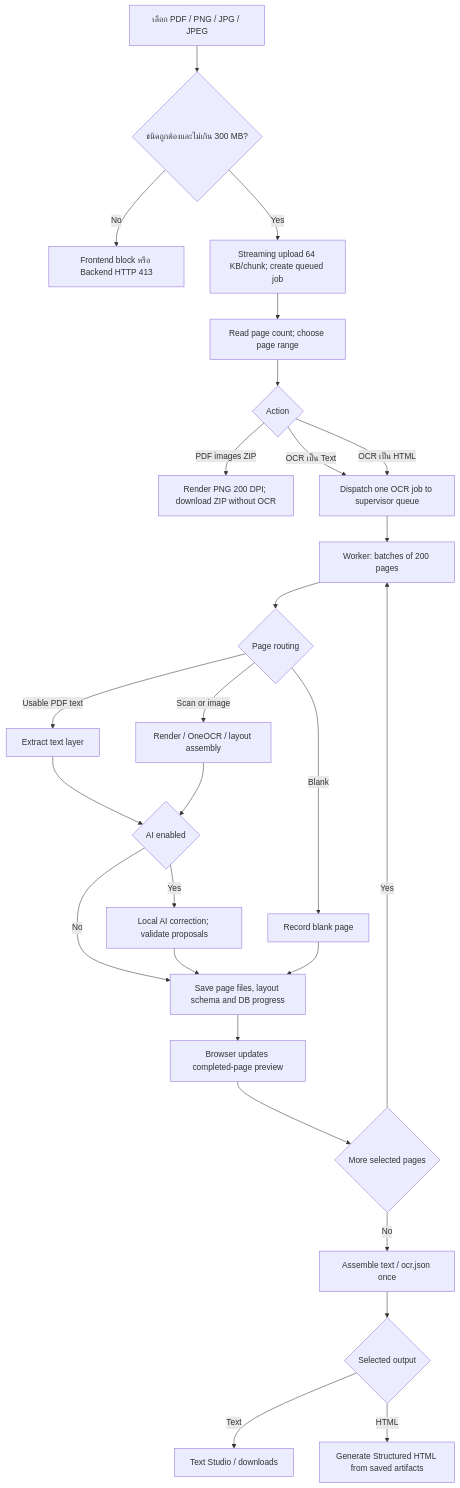
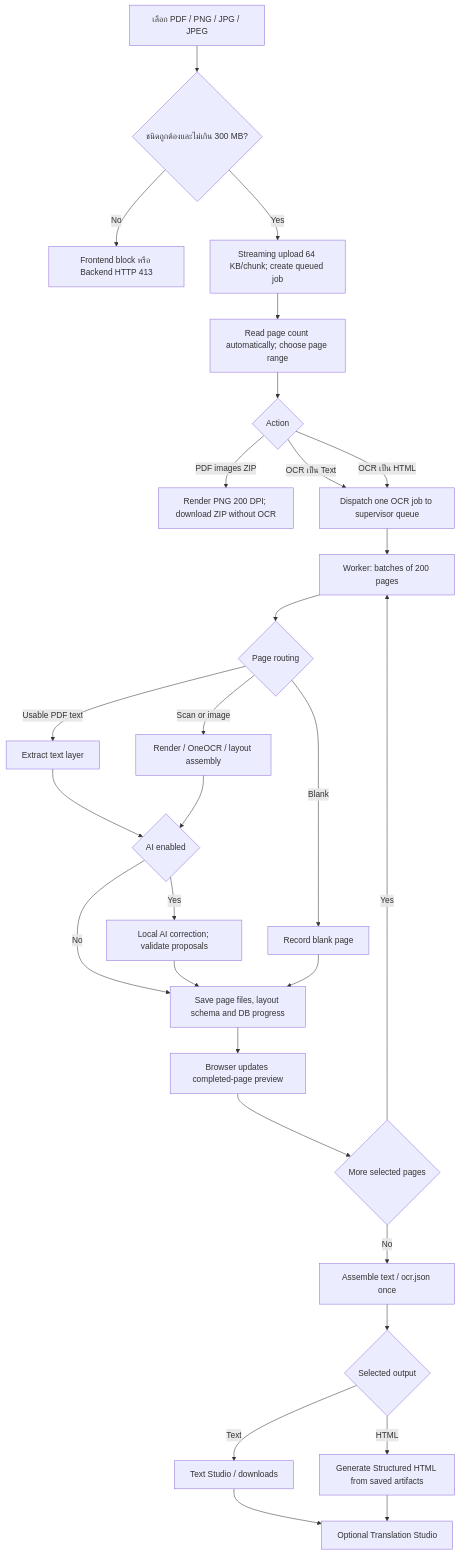
One commit to anuwatm/pdf-ocr-studio changed the second of 10 diagrams in readme.md. Above: the diagram before and after it, drawn with Mermaid. The commit also changed other lines of this file and 62 other files, not shown here.

````diff
--- a/readme.md
+++ b/readme.md
@@ -171,29 +179,31 @@
 ```mermaid
 flowchart TD
     Upload["เลือก PDF / PNG / JPG / JPEG"] --> Limit{"ชนิดถูกต้องและไม่เกิน 300 MB?"}
     Limit -->|No| Reject["Frontend block หรือ Backend HTTP 413"]
     Limit -->|Yes| Stream["Streaming upload 64 KB/chunk; create queued job"]
-    Stream --> Count["Read page count; choose page range"]
+    Stream --> Count["Read page count automatically; choose page range"]
     Count --> Choice{"Action"}
     Choice -->|PDF images ZIP| Images["Render PNG 200 DPI; download ZIP without OCR"]
     Choice -->|OCR เป็น Text| Queue["Dispatch one OCR job to supervisor queue"]
     Choice -->|OCR เป็น HTML| Queue
     Queue --> Batch["Worker: batches of 200 pages"]
     Batch --> Page{"Page routing"}
     Page -->|Blank| Blank["Record blank page"]
     Page -->|Usable PDF text| Text["Extract text layer"]
     Page -->|Scan or image| OCR["Render / OneOCR / layout assembly"]
     Text --> Mode{"AI enabled"}
     OCR --> Mode
     Mode -->|Yes| AI["Local AI correction; validate proposals"]
     Mode -->|No| Save["Save page files, layout schema and DB progress"]
     AI --> Save
     Blank --> Save
     Save --> Preview["Browser updates completed-page preview"]
     Preview --> More{"More selected pages"}
     More -->|Yes| Batch
     More -->|No| Final["Assemble text / ocr.json once"]
     Final --> Output{"Selected output"}
     Output -->|Text| TextOut["Text Studio / downloads"]
     Output -->|HTML| StructuredOut["Generate Structured HTML from saved artifacts"]
+    TextOut --> Translation2["Optional Translation Studio"]
+    StructuredOut --> Translation2
 ```
````
